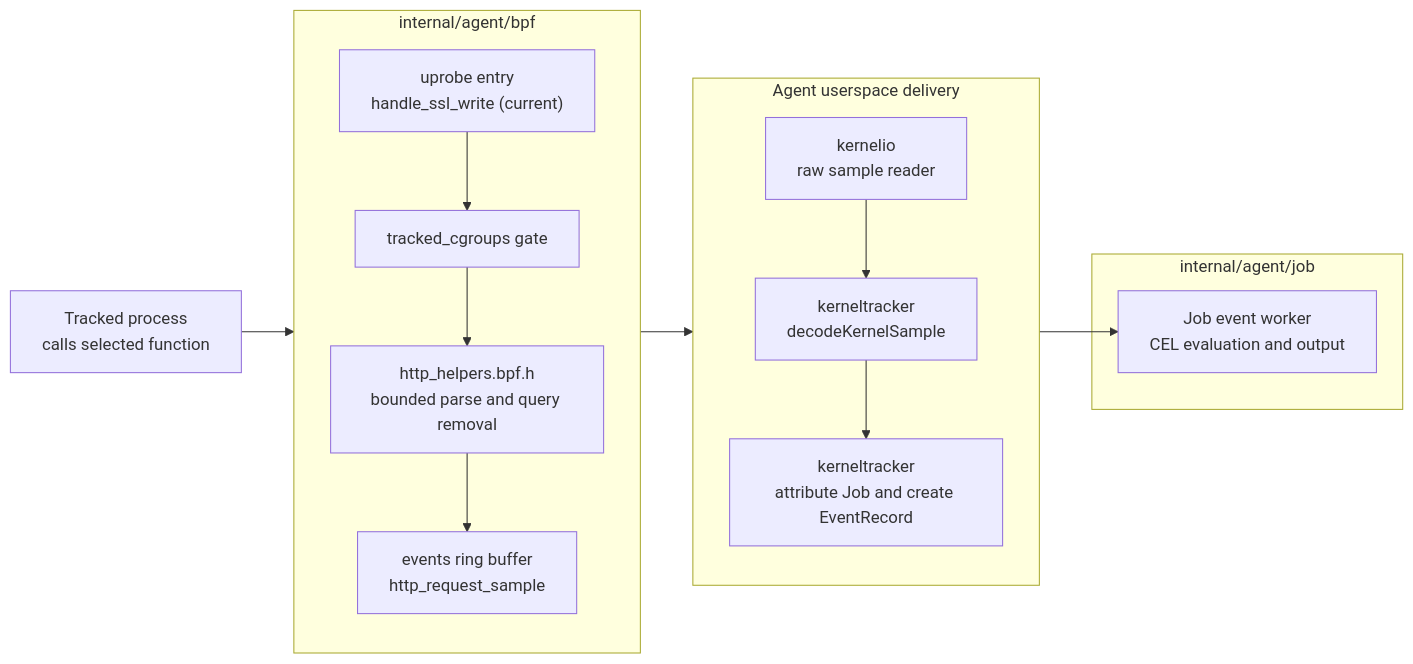
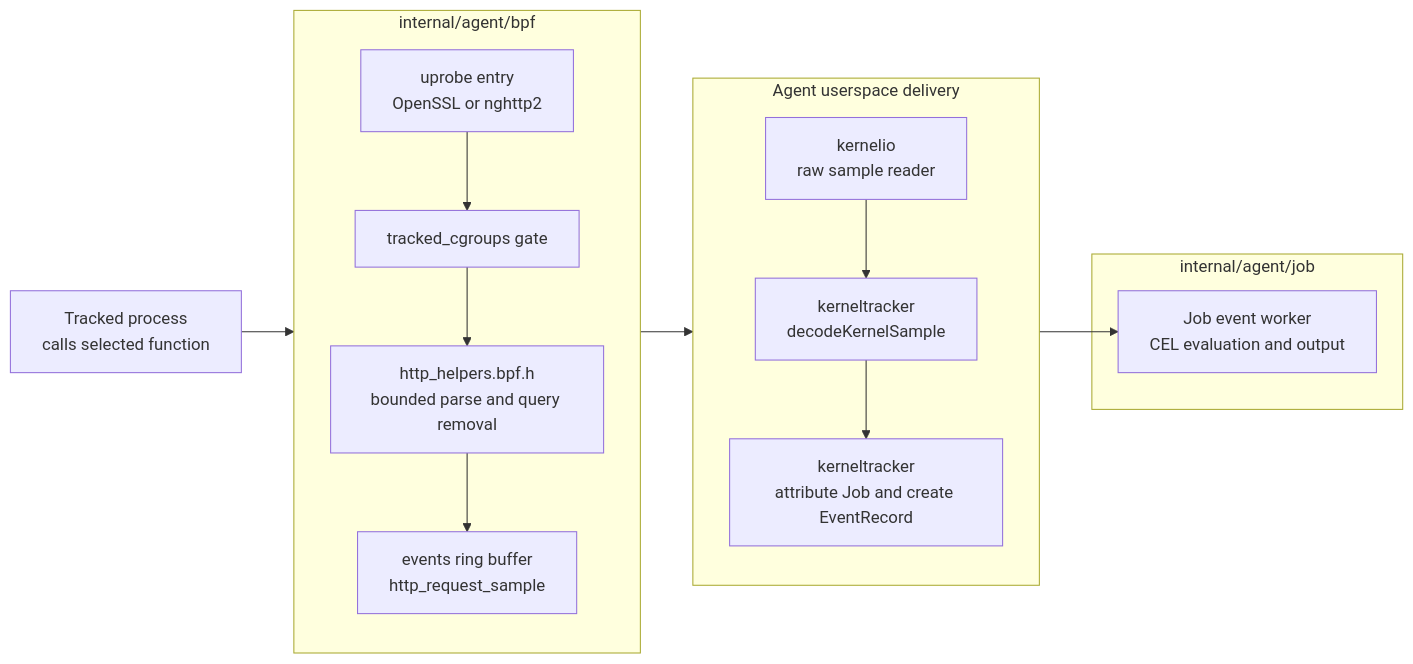
The third of 4 diagrams in docs/developer-guide/ebpf/http-uprobes.md (cicd-sensor/cicd-sensor), drawn with Mermaid before and after one commit. The commit also changed other lines of this file and 25 other files, not shown here.

````diff
--- a/docs/developer-guide/ebpf/http-uprobes.md
+++ b/docs/developer-guide/ebpf/http-uprobes.md
@@ -161,29 +161,29 @@
 ```mermaid
 flowchart LR
     P["Tracked process<br/>calls selected function"]
 
     subgraph BPF["internal/agent/bpf"]
         direction TB
-        U["uprobe entry<br/>handle_ssl_write (current)"]
+        U["uprobe entry<br/>OpenSSL or nghttp2"]
         G["tracked_cgroups gate"]
         H["http_helpers.bpf.h<br/>bounded parse and query removal"]
         R["events ring buffer<br/>http_request_sample"]
         U --> G --> H --> R
     end
 
     subgraph USERSPACE["Agent userspace delivery"]
         direction TB
         READ["kernelio<br/>raw sample reader"]
         DECODE["kerneltracker<br/>decodeKernelSample"]
         ATTR["kerneltracker<br/>attribute Job and create EventRecord"]
         READ --> DECODE --> ATTR
     end
 
     subgraph JOB["internal/agent/job"]
         EVAL["Job event worker<br/>CEL evaluation and output"]
     end
 
     P --> U
     R --> READ
     ATTR --> EVAL
 ```
````
